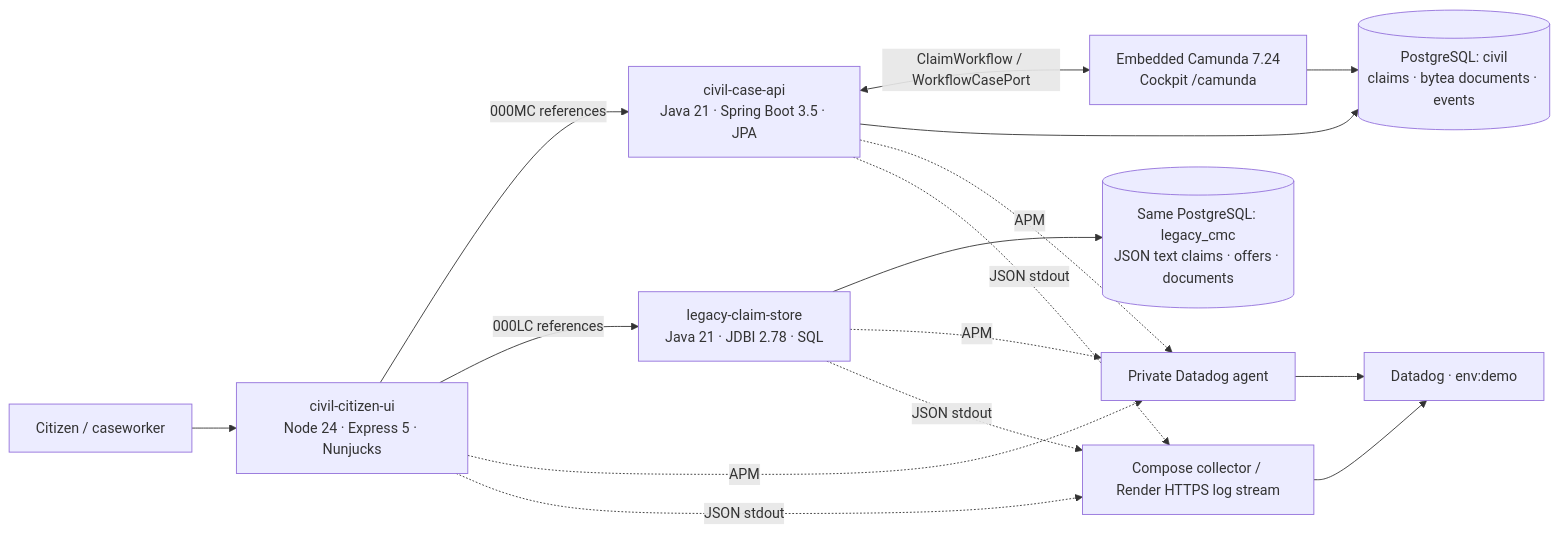
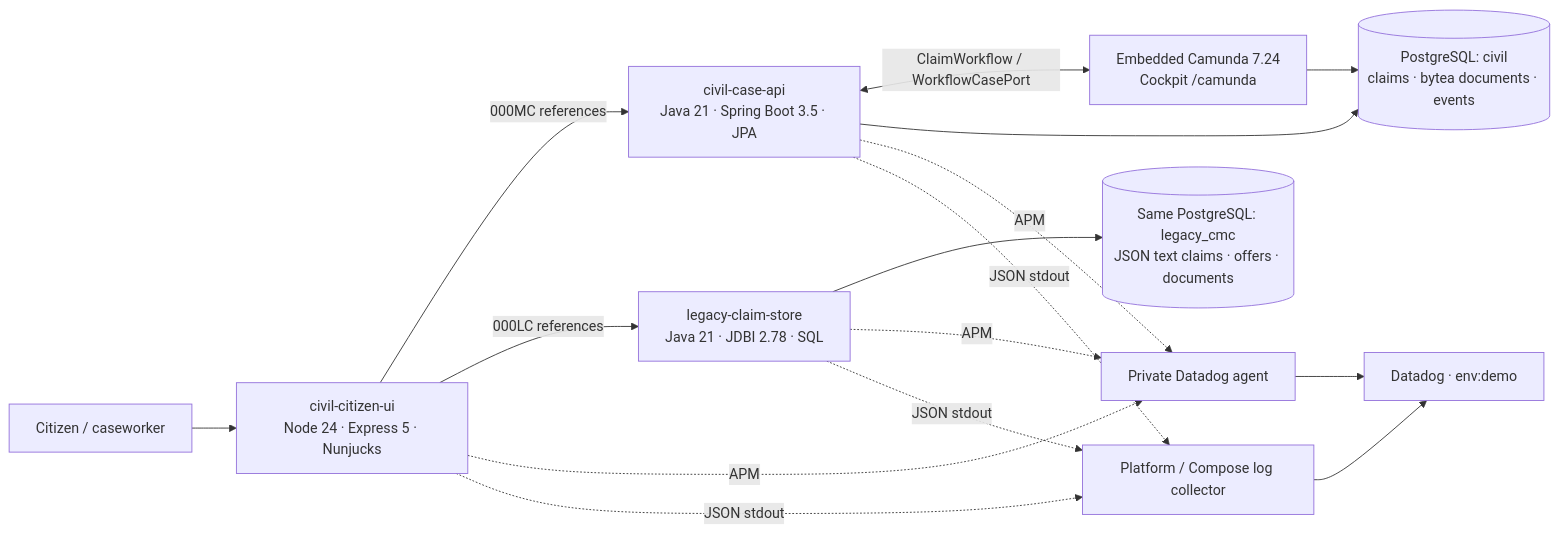
One commit to COG-GTM/civil-money-claims-demo changed the diagram in README.md. Above: the diagram before and after it, drawn with Mermaid. The commit also changed other lines of this file and 9 other files, not shown here.

````diff
--- a/README.md
+++ b/README.md
@@ -9,14 +9,14 @@
 ```mermaid
 flowchart LR
   Person[Citizen / caseworker] --> UI[civil-citizen-ui<br/>Node 24 · Express 5 · Nunjucks]
   UI -->|000MC references| API[civil-case-api<br/>Java 21 · Spring Boot 3.5 · JPA]
   UI -->|000LC references| Legacy[legacy-claim-store<br/>Java 21 · JDBI 2.78 · SQL]
   API <-->|ClaimWorkflow / WorkflowCasePort| BPMN[Embedded Camunda 7.24<br/>Cockpit /camunda]
   API --> Civil[(PostgreSQL: civil<br/>claims · bytea documents · events)]
   BPMN --> Civil
   Legacy --> Old[(Same PostgreSQL: legacy_cmc<br/>JSON text claims · offers · documents)]
   UI & API & Legacy -. APM .-> Agent[Private Datadog agent]
   Agent --> DD[Datadog · env:demo]
-  UI & API & Legacy -. JSON stdout .-> Logs[Compose collector / Render HTTPS log stream]
+  UI & API & Legacy -. JSON stdout .-> Logs[Platform / Compose log collector]
   Logs --> DD
 ```
````
